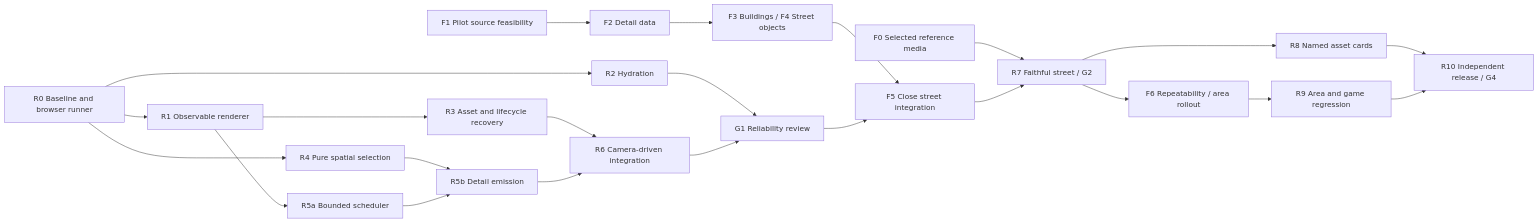
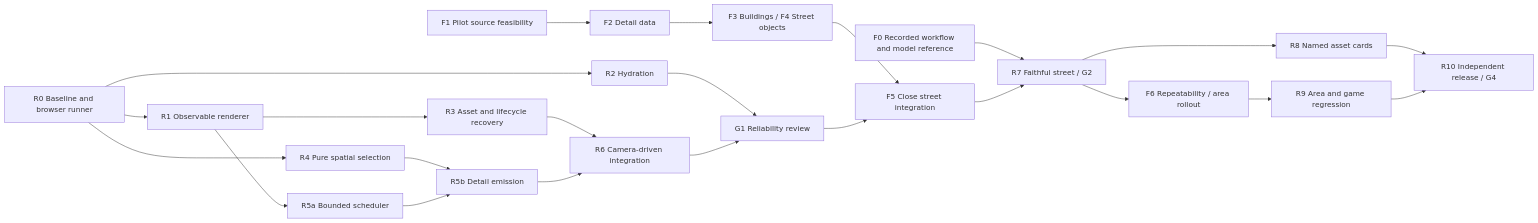
The diagram in docs/superpowers/plans/2026-09-05-runway-recovery.md (newbie1668/runway-startup-game), drawn with Mermaid before and after one commit. The commit also changed other lines of this file and 15 other files, not shown here.

````diff
--- a/docs/superpowers/plans/2026-09-05-runway-recovery.md
+++ b/docs/superpowers/plans/2026-09-05-runway-recovery.md
@@ -26,25 +26,25 @@
 ```mermaid
 flowchart LR
   R0[R0 Baseline and browser runner] --> R1[R1 Observable renderer]
   R0 --> R2[R2 Hydration]
   R0 --> R4[R4 Pure spatial selection]
   R1 --> R3[R3 Asset and lifecycle recovery]
   R1 --> R5a[R5a Bounded scheduler]
   R4 --> R5b[R5b Detail emission]
   R5a --> R5b
   R3 --> R6[R6 Camera-driven integration]
   R5b --> R6
   R2 --> G1[G1 Reliability review]
   R6 --> G1
-  F0[F0 Selected reference media] --> R7
+  F0[F0 Recorded workflow and model reference] --> R7
   F1[F1 Pilot source feasibility] --> F2[F2 Detail data]
   F2 --> F34[F3 Buildings / F4 Street objects]
   F34 --> F5[F5 Close street integration]
   G1 --> F5
   F5 --> R7[R7 Faithful street / G2]
   R7 --> R8[R8 Named asset cards]
   R7 --> F6[F6 Repeatability / area rollout]
   F6 --> R9[R9 Area and game regression]
   R8 --> R10[R10 Independent release / G4]
   R9 --> R10
 ```
````
